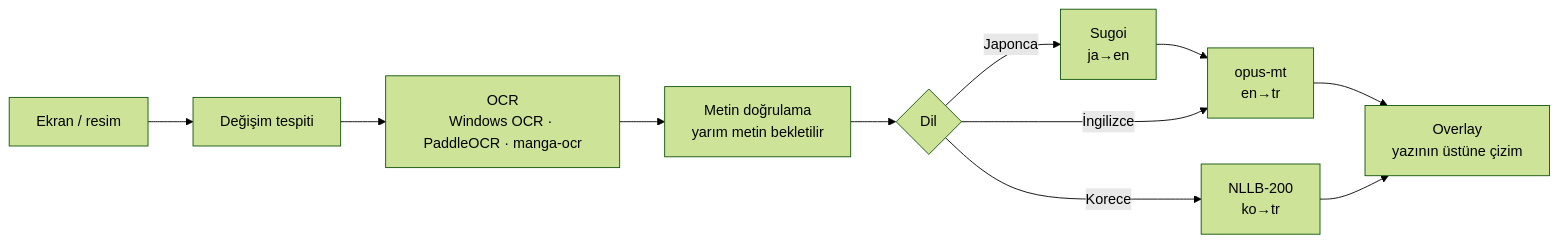
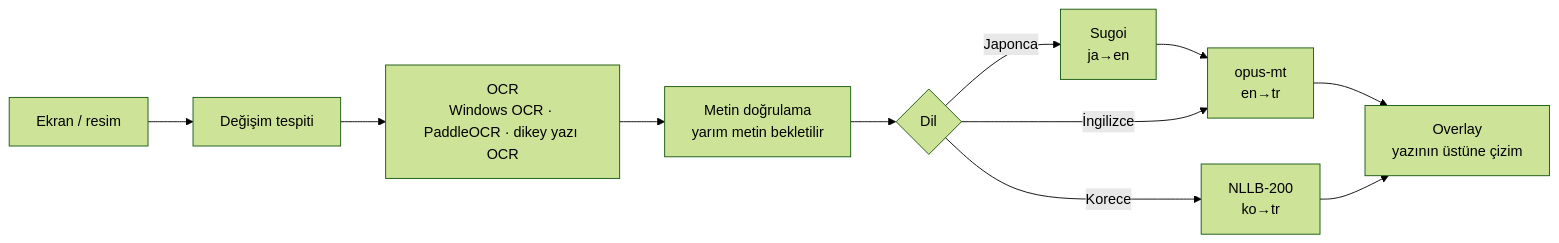
The diagram in README.md (mustafademir-dev/game-translator-tr), drawn with Mermaid (forest theme) before and after one commit. The commit also changed other lines of this file and 3 other files, not shown here.

````diff
--- a/README.md
+++ b/README.md
@@ -40,12 +40,12 @@
 ```mermaid
 flowchart LR
     A[Ekran / resim] --> B[Değişim tespiti]
-    B --> C[OCR<br/>Windows OCR · PaddleOCR · manga-ocr]
+    B --> C[OCR<br/>Windows OCR · PaddleOCR · dikey yazı OCR]
     C --> D[Metin doğrulama<br/>yarım metin bekletilir]
     D --> E{Dil}
     E -- Japonca --> F[Sugoi<br/>ja→en] --> G[opus-mt<br/>en→tr]
     E -- İngilizce --> G
     E -- Korece --> H[NLLB-200<br/>ko→tr]
     G --> I[Overlay<br/>yazının üstüne çizim]
     H --> I
 ```
````
